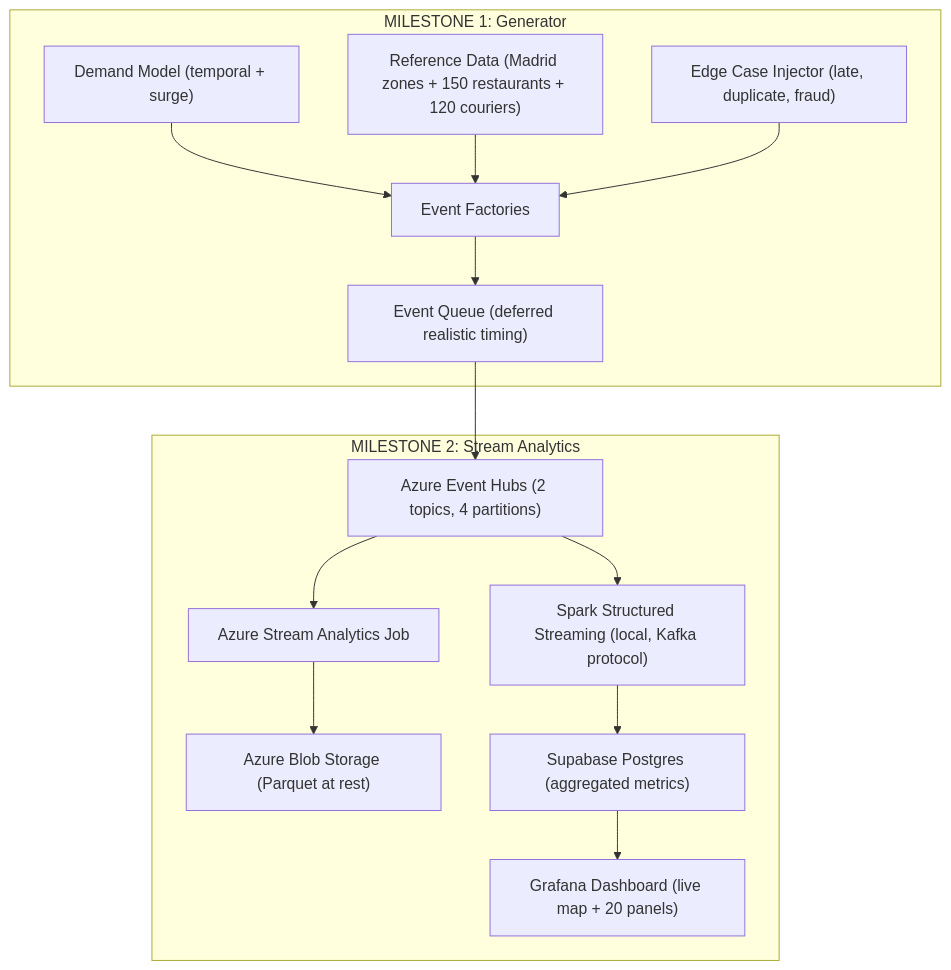
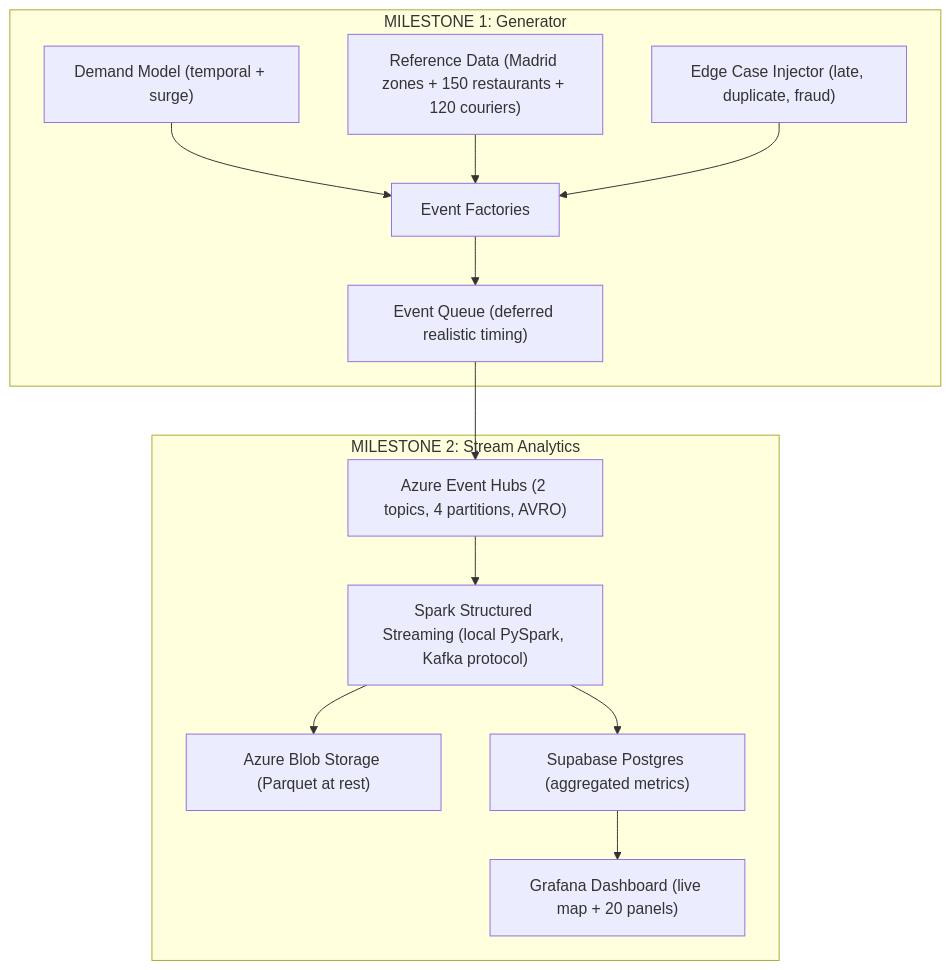
Before and after one commit to beauuks/food-delivery-streaming: the first of 3 diagrams in README.md, drawn with Mermaid. The commit also changed other lines of this file and 4 other files, not shown here.

Commit message:
removed azure stream analytics

````diff
--- a/README.md
+++ b/README.md
@@ -62,30 +62,29 @@
 ```mermaid
 flowchart TD
     subgraph M1 ["MILESTONE 1: Generator"]
         DM["Demand Model (temporal + surge)"]
         RD["Reference Data (Madrid zones + 150 restaurants + 120 couriers)"]
         EQ["Event Queue (deferred realistic timing)"]
         ECI["Edge Case Injector (late, duplicate, fraud)"]
         EF["Event Factories"]
 
         DM --> EF
         RD --> EF
         ECI --> EF
         EF --> EQ
     end
 
     subgraph M2 ["MILESTONE 2: Stream Analytics"]
-        EH["Azure Event Hubs (2 topics, 4 partitions)"]
-        ASA["Azure Stream Analytics Job"]
-        SPARK["Spark Structured Streaming (local, Kafka protocol)"]
+        EH["Azure Event Hubs (2 topics, 4 partitions, AVRO)"]
+        SPARK["Spark Structured Streaming (local PySpark, Kafka protocol)"]
         BLOB["Azure Blob Storage (Parquet at rest)"]
         PG["Supabase Postgres (aggregated metrics)"]
         GRAF["Grafana Dashboard (live map + 20 panels)"]
 
-        EH --> ASA --> BLOB
         EH --> SPARK
+        SPARK --> BLOB
         SPARK --> PG --> GRAF
     end
 
     EQ --> EH
 ```
````
